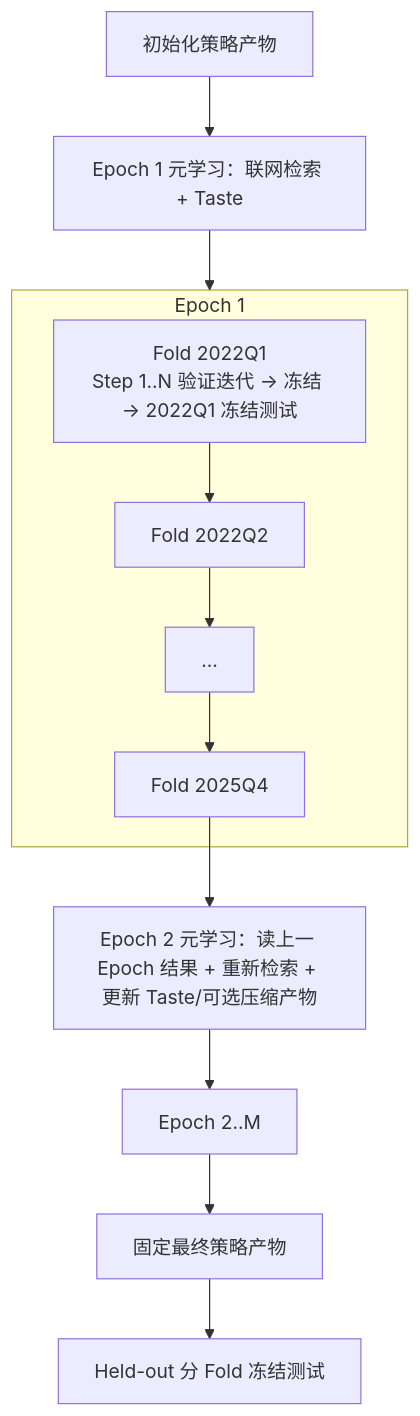
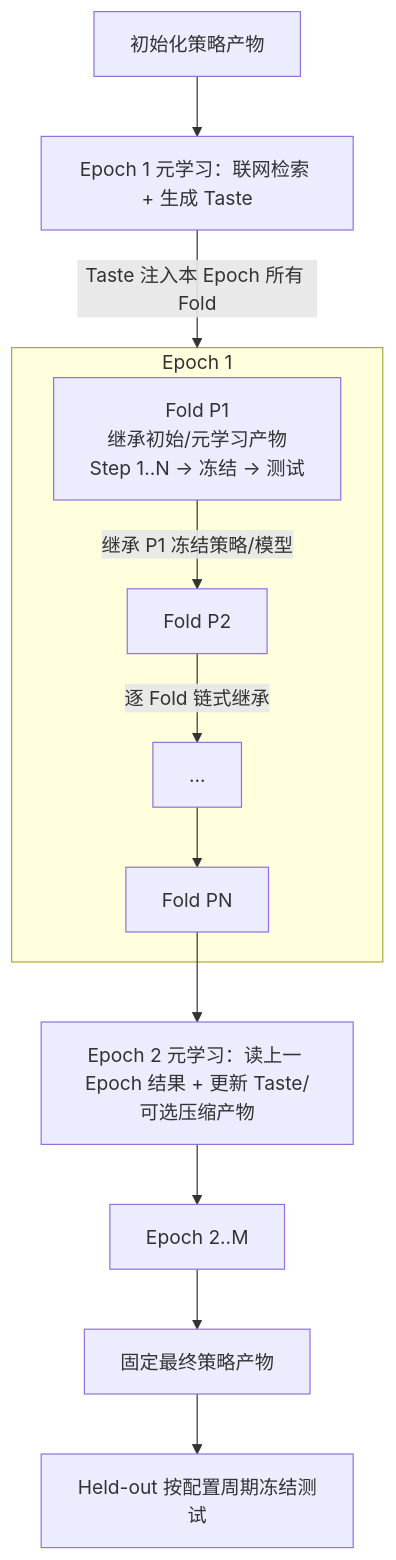
One commit to LeoZippon/CornerHead changed the diagram in docs/pipeline_design.md. Above: the diagram before and after it, drawn with Mermaid. The commit also changed other lines of this file and 82 other files, not shown here.

````diff
--- a/docs/pipeline_design.md
+++ b/docs/pipeline_design.md
@@ -71,12 +83,13 @@
 ```mermaid
 flowchart TD
-    INIT[初始化策略产物] --> META1["Epoch 1 元学习：联网检索 + Taste"]
-    META1 --> E1
+    INIT[初始化策略产物] --> META1["Epoch 1 元学习：联网检索 + 生成 Taste"]
+    META1 -->|"Taste 注入本 Epoch 所有 Fold"| E1
     subgraph E1[Epoch 1]
-        F1["Fold 2022Q1\nStep 1..N 验证迭代 → 冻结 → 2022Q1 冻结测试"] --> F2["Fold 2022Q2"] --> FD["..."] --> FN["Fold 2025Q4"]
+        F1["Fold P1\n继承初始/元学习产物\nStep 1..N -> 冻结 -> 测试"] -->|"继承 P1 冻结策略/模型"| F2["Fold P2"]
+        F2 -->|"逐 Fold 链式继承"| FD["..."] --> FN["Fold PN"]
     end
-    FN --> META2["Epoch 2 元学习：读上一 Epoch 结果 + 重新检索 + 更新 Taste/可选压缩产物"]
+    FN --> META2["Epoch 2 元学习：读上一 Epoch 结果 + 更新 Taste/可选压缩产物"]
     META2 --> EM["Epoch 2..M"]
     EM --> FINAL[固定最终策略产物]
-    FINAL --> HO["Held-out 分 Fold 冻结测试"]
+    FINAL --> HO["Held-out 按配置周期冻结测试"]
 ```
````
